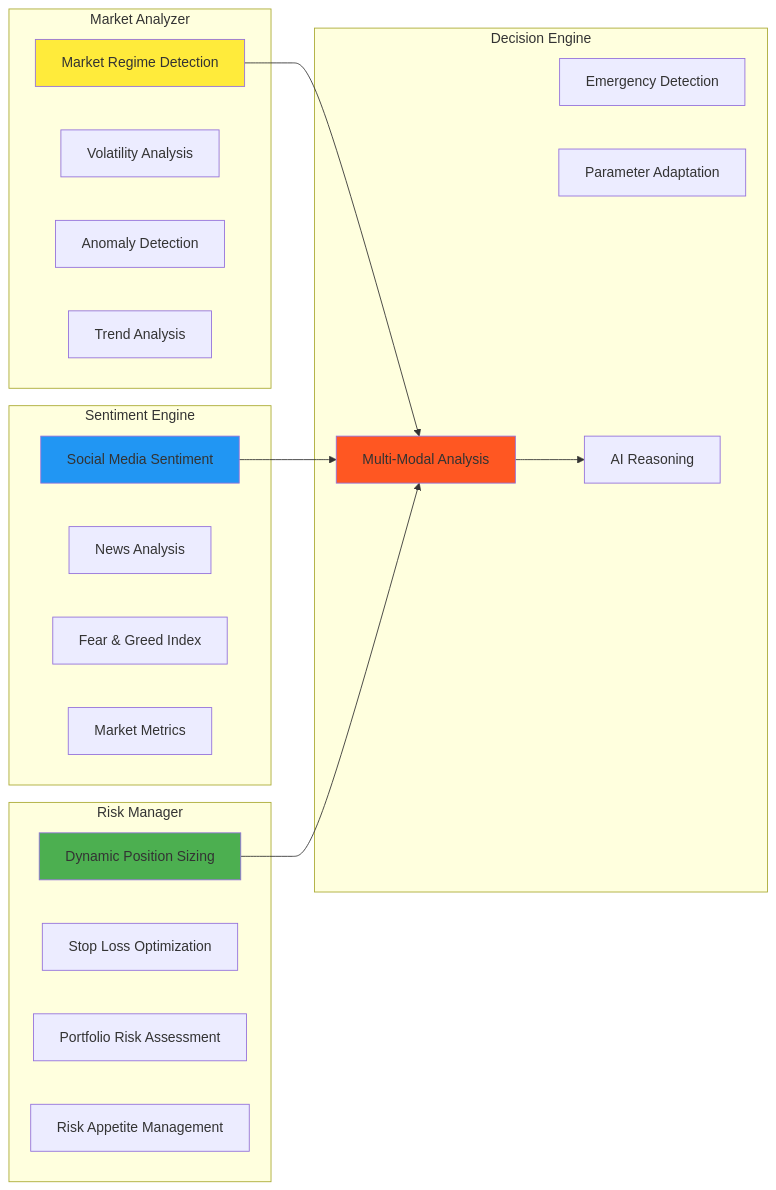
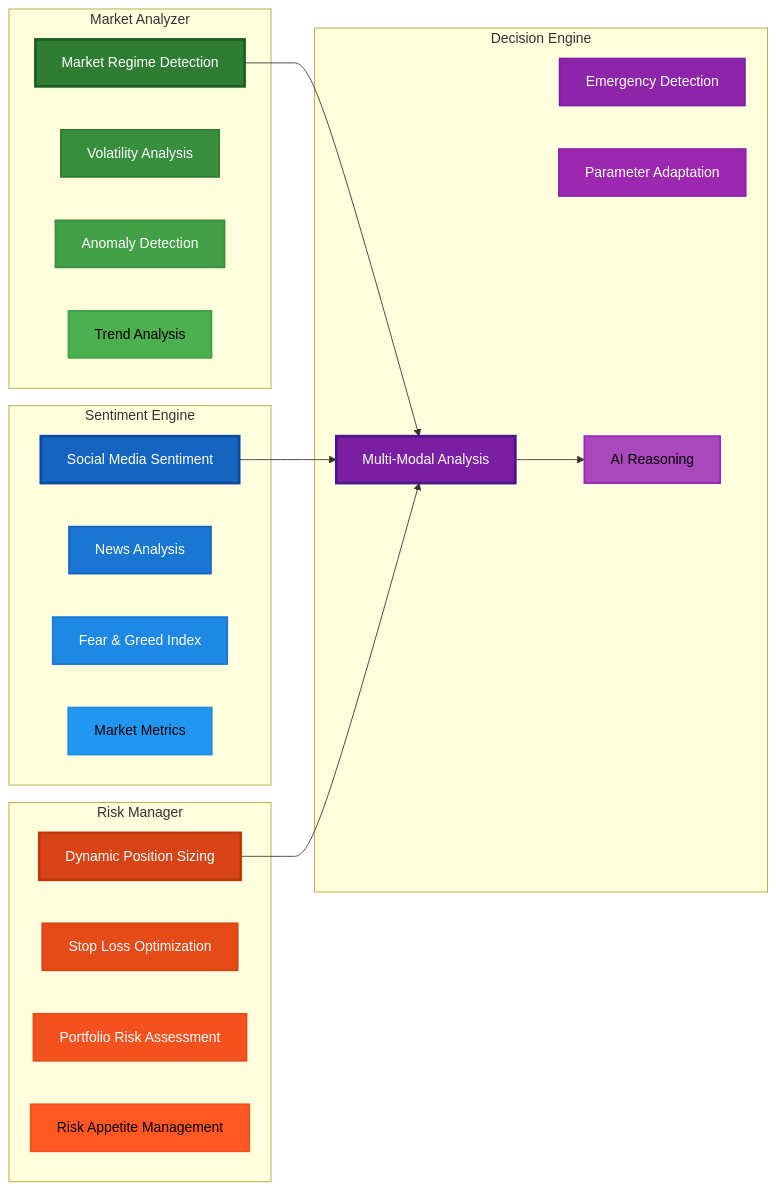
The second of 5 diagrams in AI_SYSTEM.md (solid-computing/AI-Trading), drawn with Mermaid before and after one commit. The commit also changed other lines of this file and 1 other file, not shown here.

Commit message:
Enhance mermaid diagrams with improved color contrast and accessibility

````diff
--- a/AI_SYSTEM.md
+++ b/AI_SYSTEM.md
@@ -55,40 +61,55 @@
 ```mermaid
 graph LR
     subgraph "Market Analyzer"
         MA1[Market Regime Detection]
         MA2[Volatility Analysis]
         MA3[Anomaly Detection]
         MA4[Trend Analysis]
     end
     
     subgraph "Sentiment Engine"
         SE1[Social Media Sentiment]
         SE2[News Analysis]
         SE3[Fear & Greed Index]
         SE4[Market Metrics]
     end
     
     subgraph "Risk Manager"
         RM1[Dynamic Position Sizing]
         RM2[Stop Loss Optimization]
         RM3[Portfolio Risk Assessment]
         RM4[Risk Appetite Management]
     end
     
     subgraph "Decision Engine"
         DE1[Multi-Modal Analysis]
         DE2[Emergency Detection]
         DE3[Parameter Adaptation]
         DE4[AI Reasoning]
     end
     
     MA1 --> DE1
     SE1 --> DE1
     RM1 --> DE1
     DE1 --> DE4
     
-    style MA1 fill:#ffeb3b
-    style SE1 fill:#2196f3
-    style RM1 fill:#4caf50
-    style DE1 fill:#ff5722
+    style MA1 fill:#2E7D32,stroke:#1B5E20,stroke-width:3px,color:#FFFFFF
+    style MA2 fill:#388E3C,stroke:#2E7D32,stroke-width:2px,color:#FFFFFF
+    style MA3 fill:#43A047,stroke:#388E3C,stroke-width:2px,color:#FFFFFF
+    style MA4 fill:#4CAF50,stroke:#43A047,stroke-width:2px,color:#000000
+    
+    style SE1 fill:#1565C0,stroke:#0D47A1,stroke-width:3px,color:#FFFFFF
+    style SE2 fill:#1976D2,stroke:#1565C0,stroke-width:2px,color:#FFFFFF
+    style SE3 fill:#1E88E5,stroke:#1976D2,stroke-width:2px,color:#FFFFFF
+    style SE4 fill:#2196F3,stroke:#1E88E5,stroke-width:2px,color:#000000
+    
+    style RM1 fill:#D84315,stroke:#BF360C,stroke-width:3px,color:#FFFFFF
+    style RM2 fill:#E64A19,stroke:#D84315,stroke-width:2px,color:#FFFFFF
+    style RM3 fill:#F4511E,stroke:#E64A19,stroke-width:2px,color:#FFFFFF
+    style RM4 fill:#FF5722,stroke:#F4511E,stroke-width:2px,color:#000000
+    
+    style DE1 fill:#7B1FA2,stroke:#4A148C,stroke-width:3px,color:#FFFFFF
+    style DE2 fill:#8E24AA,stroke:#7B1FA2,stroke-width:2px,color:#FFFFFF
+    style DE3 fill:#9C27B0,stroke:#8E24AA,stroke-width:2px,color:#FFFFFF
+    style DE4 fill:#AB47BC,stroke:#9C27B0,stroke-width:2px,color:#000000
 ```
````
